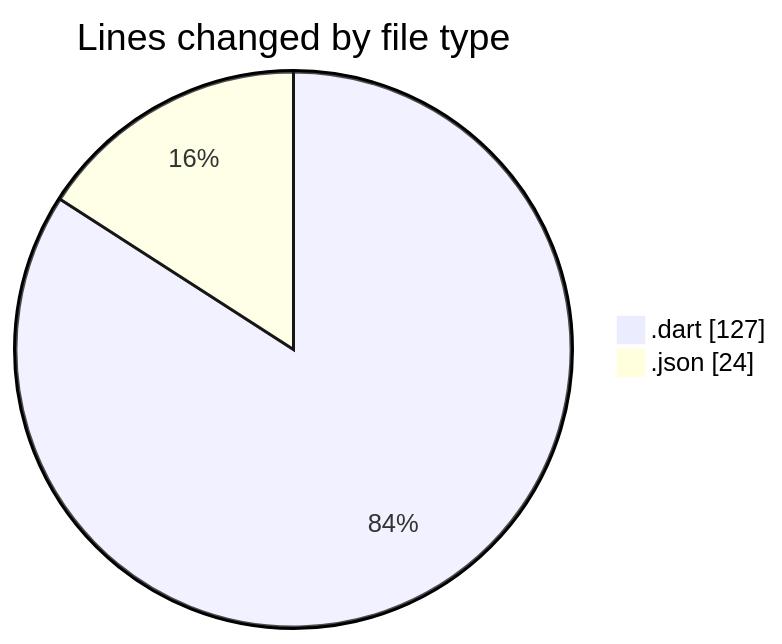
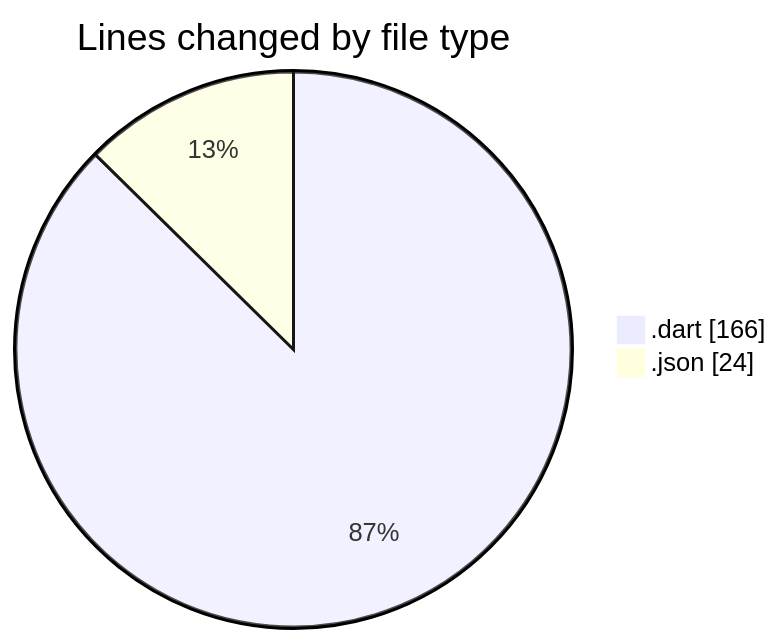
Before and after one commit to lephambinh05/code-tracking: the first of 2 diagrams in 2025-08-04/studybuddy/README.md, drawn with Mermaid. The commit also changed other lines of this file and 1 other file, not shown here.

````diff
--- a/2025-08-04/studybuddy/README.md
+++ b/2025-08-04/studybuddy/README.md
@@ -24,6 +26,6 @@
 ```mermaid
 pie showData
 title Lines changed by file type
-".dart" : 127
+".dart" : 166
 ".json" : 24
 ```
````
